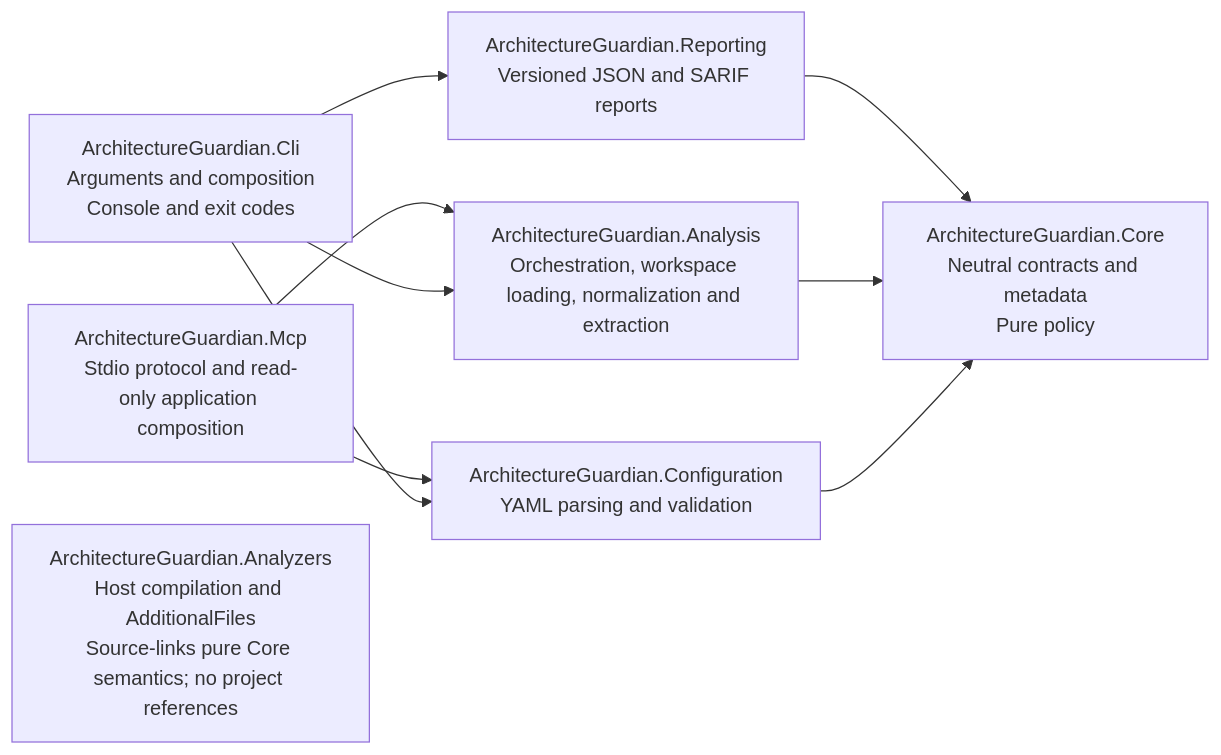
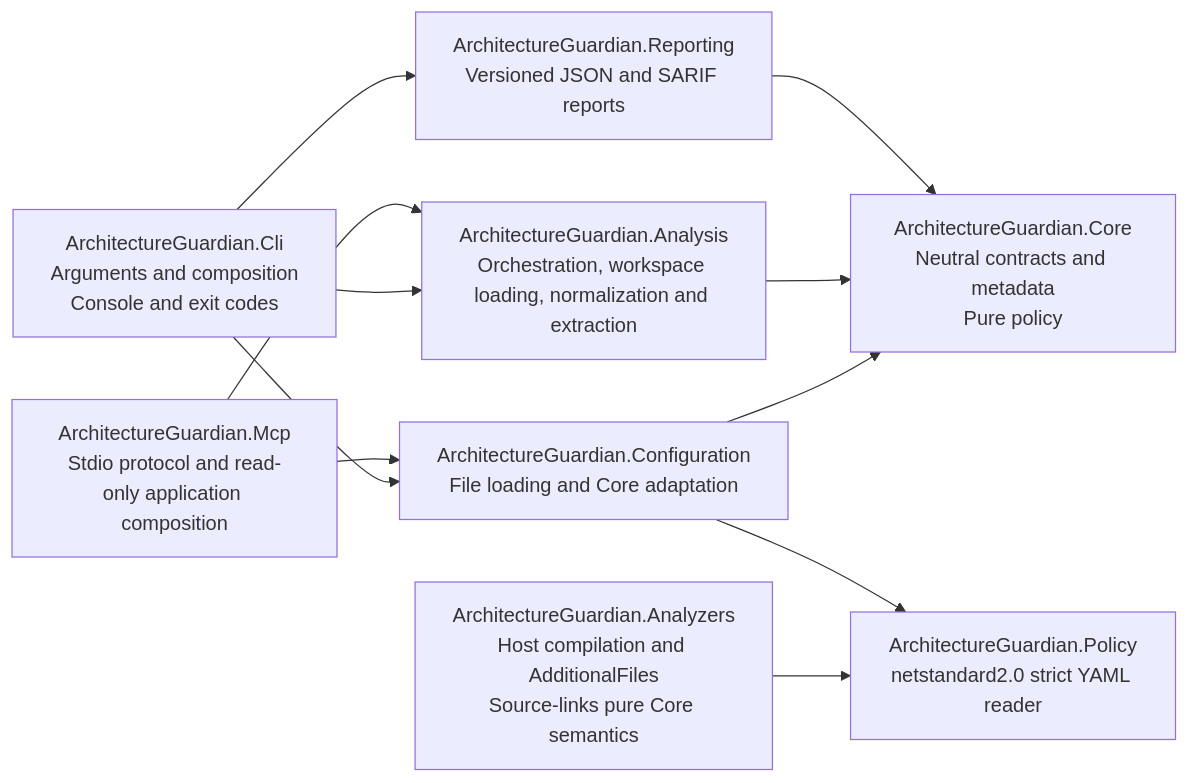
One commit to kbourzayq/arch-guard changed the first of 3 diagrams in docs/architecture/overview.md. Above: the diagram before and after it, drawn with Mermaid. The commit also changed other lines of this file and 61 other files, not shown here.

First line of the commit message:
feat(policy): share YAML and enable repository validation

````diff
--- a/docs/architecture/overview.md
+++ b/docs/architecture/overview.md
@@ -33,18 +34,21 @@
 ```mermaid
 flowchart LR
     Cli["ArchitectureGuardian.Cli<br/>Arguments and composition<br/>Console and exit codes"]
     Analysis["ArchitectureGuardian.Analysis<br/>Orchestration, workspace loading, normalization and extraction"]
     Core["ArchitectureGuardian.Core<br/>Neutral contracts and metadata<br/>Pure policy"]
-    Configuration["ArchitectureGuardian.Configuration<br/>YAML parsing and validation"]
+    Configuration["ArchitectureGuardian.Configuration<br/>File loading and Core adaptation"]
+    Policy["ArchitectureGuardian.Policy<br/>netstandard2.0 strict YAML reader"]
 
     Mcp["ArchitectureGuardian.Mcp<br/>Stdio protocol and read-only application composition"]
     Mcp --> Configuration
     Mcp --> Analysis
     Cli --> Analysis
     Cli --> Configuration
     Cli --> Reporting["ArchitectureGuardian.Reporting<br/>Versioned JSON and SARIF reports"]
     Reporting --> Core
     Analysis --> Core
     Configuration --> Core
-    Analyzers["ArchitectureGuardian.Analyzers<br/>Host compilation and AdditionalFiles<br/>Source-links pure Core semantics; no project references"]
+    Configuration --> Policy
+    Analyzers["ArchitectureGuardian.Analyzers<br/>Host compilation and AdditionalFiles<br/>Source-links pure Core semantics"]
+    Analyzers --> Policy
 ```
````
